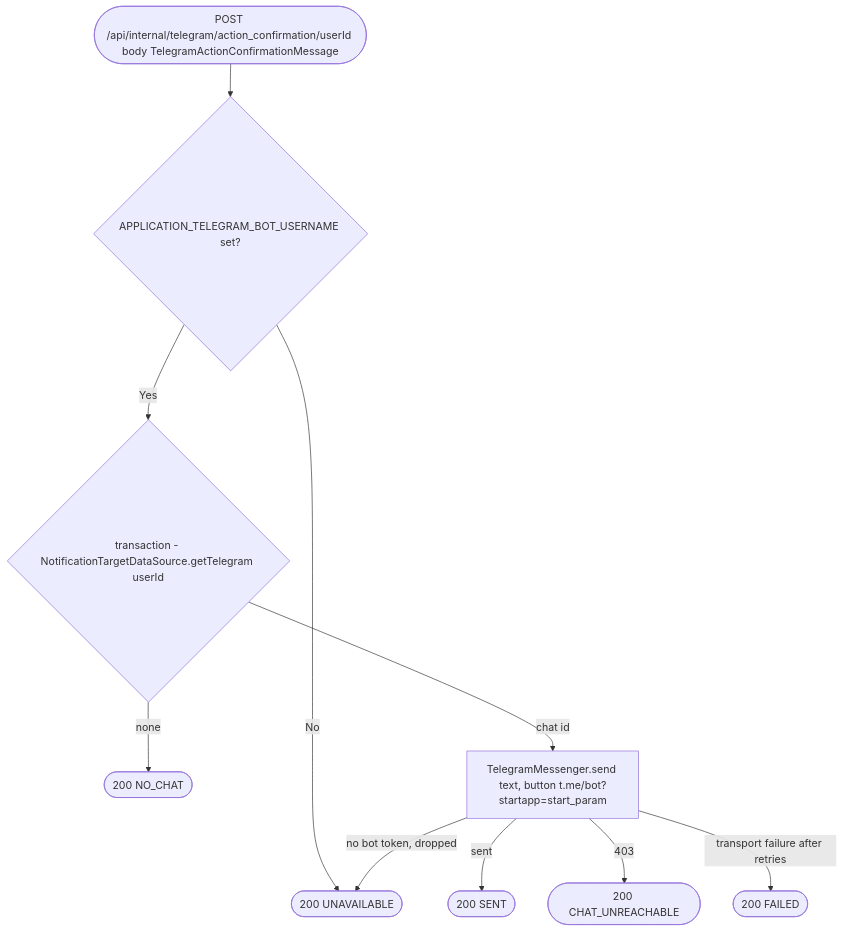
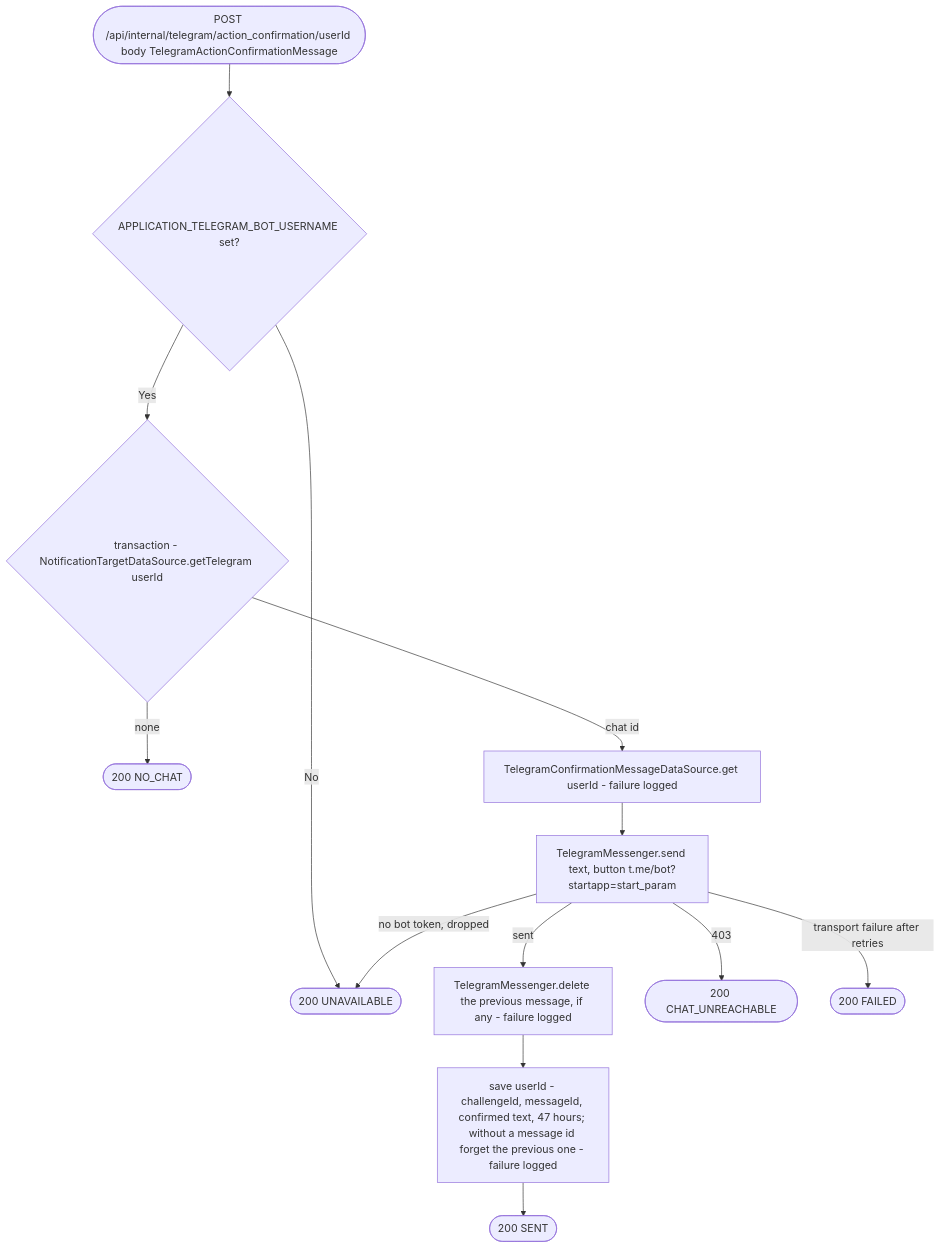
One commit to nocturneproperties/bookkme changed the diagram in docs/operations/notifications/send-telegram-action-confirmation.md. Above: the diagram before and after it, drawn with Mermaid. The commit also changed other lines of this file and 40 other files, not shown here.

````diff
--- a/docs/operations/notifications/send-telegram-action-confirmation.md
+++ b/docs/operations/notifications/send-telegram-action-confirmation.md
@@ -17,12 +26,15 @@
 ```mermaid
 flowchart TD
     Start([POST /api/internal/telegram/action_confirmation/userId body TelegramActionConfirmationMessage]) --> Link{"APPLICATION_TELEGRAM_BOT_USERNAME set?"}
     Link -- No --> Unavailable([200 UNAVAILABLE])
     Link -- Yes --> Chat{"transaction - NotificationTargetDataSource.getTelegram userId"}
     Chat -- none --> NoChat([200 NO_CHAT])
-    Chat -- chat id --> Send["TelegramMessenger.send text, button t.me/bot?startapp=start_param"]
-    Send -- sent --> Sent([200 SENT])
+    Chat -- chat id --> Previous["TelegramConfirmationMessageDataSource.get userId - failure logged"]
+    Previous --> Send["TelegramMessenger.send text, button t.me/bot?startapp=start_param"]
+    Send -- sent --> Delete["TelegramMessenger.delete the previous message, if any - failure logged"]
+    Delete --> Remember["save userId - challengeId, messageId, confirmed text, 47 hours; without a message id forget the previous one - failure logged"]
+    Remember --> Sent([200 SENT])
     Send -- 403 --> Unreachable([200 CHAT_UNREACHABLE])
     Send -- no bot token, dropped --> Unavailable
     Send -- transport failure after retries --> Failed([200 FAILED])
 ```
````
